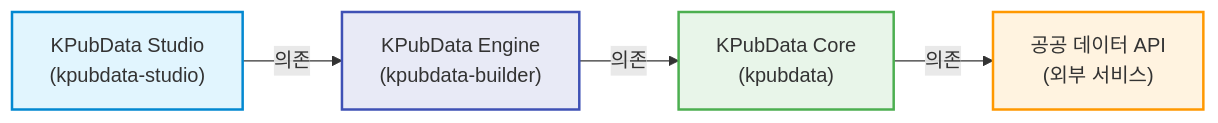
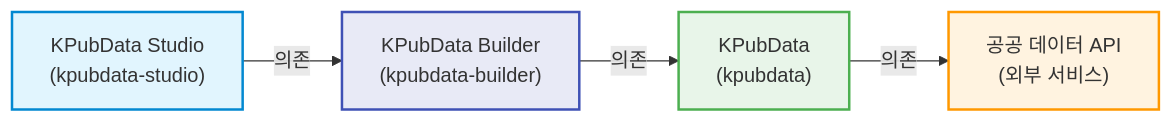
The third of 3 diagrams in docs/product-family-architecture.md (kpubdata-lab/kpubdata), drawn with Mermaid before and after one commit. The commit also changed other lines of this file and 6 other files, not shown here.

First line of the commit message:
docs: describe KPubData as a standalone SDK with Builder and Studio as related projects (#669)

````diff
--- a/docs/product-family-architecture.md
+++ b/docs/product-family-architecture.md
@@ -152,11 +152,11 @@
 ```mermaid
 graph LR
-    Studio["KPubData Studio<br/>(kpubdata-studio)"] -->|"의존"| Builder["KPubData Engine<br/>(kpubdata-builder)"]
-    Builder -->|"의존"| Core["KPubData Core<br/>(kpubdata)"]
-    Core -->|"의존"| ExtAPI["공공 데이터 API<br/>(외부 서비스)"]
+    Studio["KPubData Studio<br/>(kpubdata-studio)"] -->|"의존"| Builder["KPubData Builder<br/>(kpubdata-builder)"]
+    Builder -->|"의존"| KPubData["KPubData<br/>(kpubdata)"]
+    KPubData -->|"의존"| ExtAPI["공공 데이터 API<br/>(외부 서비스)"]
 
     style Studio fill:#e1f5fe,stroke:#0288d1,stroke-width:2px
     style Builder fill:#e8eaf6,stroke:#3f51b5,stroke-width:2px
-    style Core fill:#e8f5e9,stroke:#4caf50,stroke-width:2px
+    style KPubData fill:#e8f5e9,stroke:#4caf50,stroke-width:2px
     style ExtAPI fill:#fff3e0,stroke:#ff9800,stroke-width:2px
 ```
````
